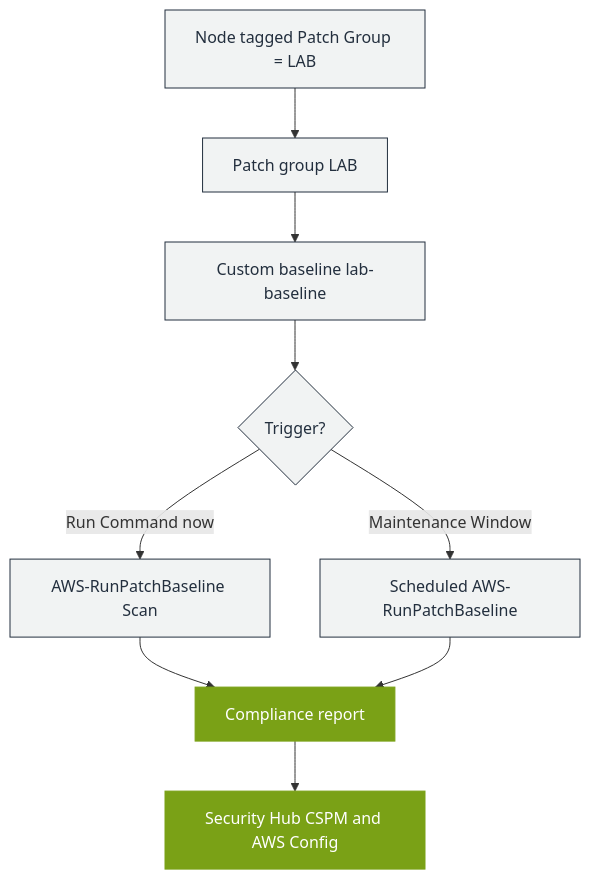
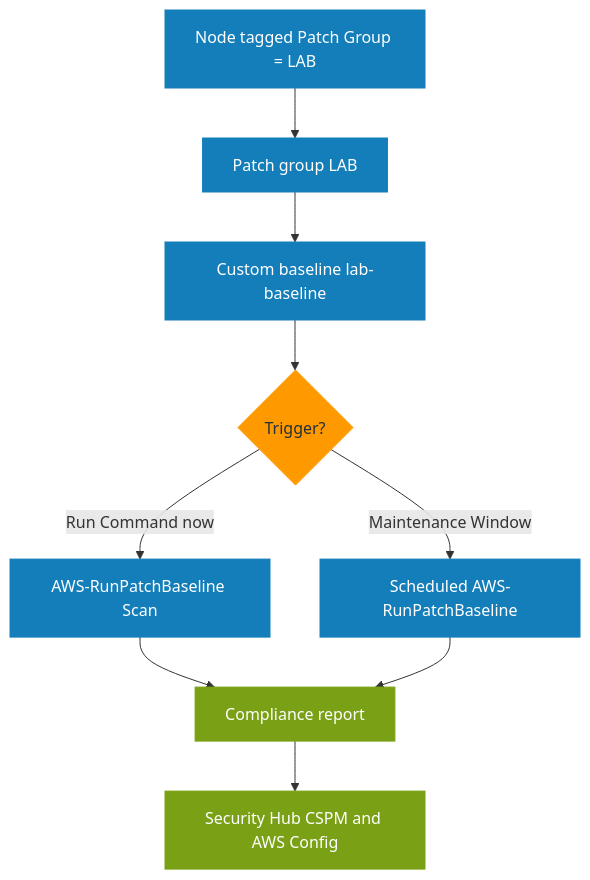
Before and after one commit to GabrielAlmeidaFlores/AWS-CloudOps-Engineer-Associate-Doc: the second of 3 diagrams in 02-services/10-management-governance/15-systems-manager/19-hands-on-project.md, drawn with Mermaid. The commit also changed other lines of this file and 10 other files, not shown here.

Commit message:
docs: restyle flowchart diagrams with the AWS color palette

````diff
--- a/02-services/10-management-governance/15-systems-manager/19-hands-on-project.md
+++ b/02-services/10-management-governance/15-systems-manager/19-hands-on-project.md
@@ -195,15 +195,17 @@
 ```mermaid
 flowchart TD
     A["Node tagged Patch Group = LAB"] --> B["Patch group LAB"]
     B --> C["Custom baseline lab-baseline"]
     C --> D{"Trigger?"}
     D -->|"Run Command now"| E["AWS-RunPatchBaseline Scan"]
     D -->|"Maintenance Window"| F["Scheduled AWS-RunPatchBaseline"]
     E --> G["Compliance report"]
     F --> G
     G --> H["Security Hub CSPM and AWS Config"]
-    classDef step fill:#F1F3F3,stroke:#232F3E,color:#232F3E
+    classDef step fill:#147EBA,stroke:#147EBA,color:#ffffff
+    classDef decision fill:#FF9900,stroke:#FF9900,color:#232F3E
     classDef ok fill:#7AA116,stroke:#7AA116,color:#ffffff
-    class A,B,C,D,E,F step
+    class A,B,C,E,F step
+    class D decision
     class G,H ok
 ```
````
